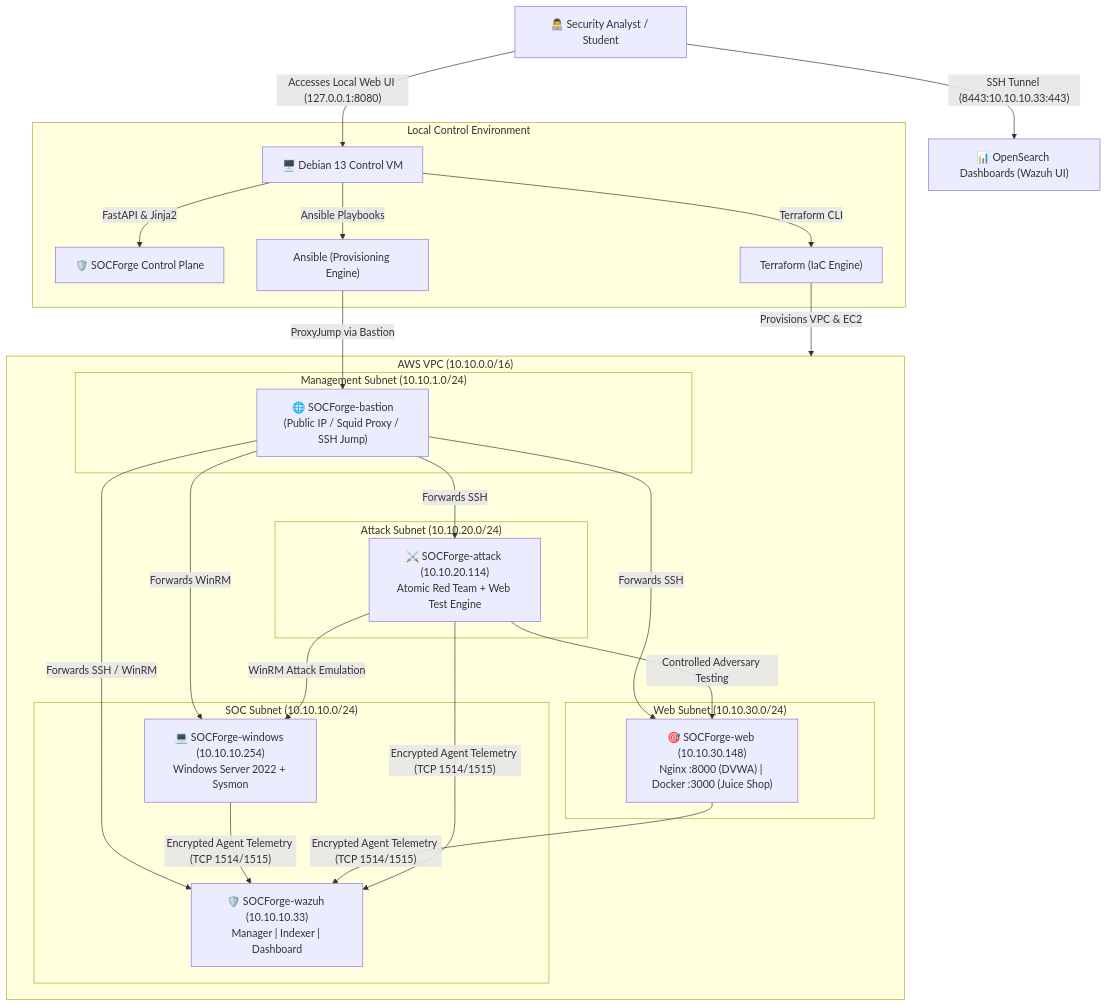
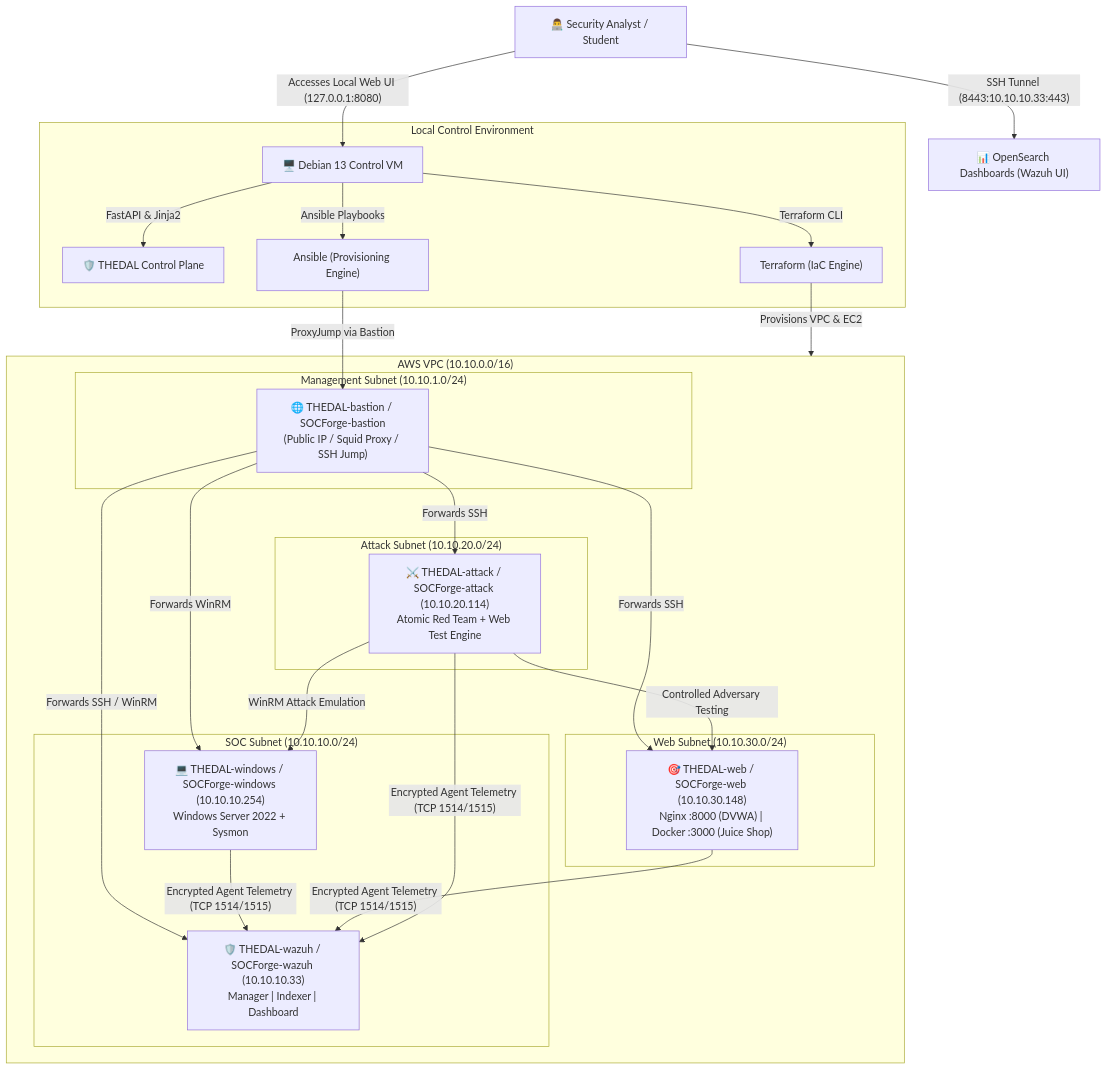
Before and after one commit to EswaranS-06/THEDAL: the diagram in README.md, drawn with Mermaid. The commit also changed other lines of this file and 61 other files, not shown here.

````diff
--- a/README.md
+++ b/README.md
@@ -25,44 +25,44 @@
 ```mermaid
 graph TD
     User["👨‍💻 Security Analyst / Student"] -->|"Accesses Local Web UI (127.0.0.1:8080)"| ControlVM["🖥️ Debian 13 Control VM"]
     User -->|"SSH Tunnel (8443:10.10.10.33:443)"| WazuhUI["📊 OpenSearch Dashboards (Wazuh UI)"]
 
     subgraph Control_Environment["Local Control Environment"]
-        ControlVM -->|"FastAPI & Jinja2"| ControlPlane["🛡️ SOCForge Control Plane"]
+        ControlVM -->|"FastAPI & Jinja2"| ControlPlane["🛡️ THEDAL Control Plane"]
         ControlVM -->|"Terraform CLI"| TF["Terraform (IaC Engine)"]
         ControlVM -->|"Ansible Playbooks"| Ansible["Ansible (Provisioning Engine)"]
     end
 
     TF -->|"Provisions VPC & EC2"| AWS_VPC["☁️ AWS VPC: 10.10.0.0/16 (ap-south-1)"]
 
     subgraph AWS_VPC["AWS VPC (10.10.0.0/16)"]
         subgraph Public_Tier["Management Subnet (10.10.1.0/24)"]
-            Bastion["🌐 SOCForge-bastion<br/>(Public IP / Squid Proxy / SSH Jump)"]
+            Bastion["🌐 THEDAL-bastion / SOCForge-bastion<br/>(Public IP / Squid Proxy / SSH Jump)"]
         end
 
         subgraph Private_SOC_Tier["SOC Subnet (10.10.10.0/24)"]
-            WazuhHost["🛡️ SOCForge-wazuh (10.10.10.33)<br/>Manager | Indexer | Dashboard"]
-            WinHost["💻 SOCForge-windows (10.10.10.254)<br/>Windows Server 2022 + Sysmon"]
+            WazuhHost["🛡️ THEDAL-wazuh / SOCForge-wazuh (10.10.10.33)<br/>Manager | Indexer | Dashboard"]
+            WinHost["💻 THEDAL-windows / SOCForge-windows (10.10.10.254)<br/>Windows Server 2022 + Sysmon"]
         end
 
         subgraph Private_Attack_Tier["Attack Subnet (10.10.20.0/24)"]
-            AttackHost["⚔️ SOCForge-attack (10.10.20.114)<br/>Atomic Red Team + Web Test Engine"]
+            AttackHost["⚔️ THEDAL-attack / SOCForge-attack (10.10.20.114)<br/>Atomic Red Team + Web Test Engine"]
         end
 
         subgraph Private_Web_Tier["Web Subnet (10.10.30.0/24)"]
-            WebHost["🎯 SOCForge-web (10.10.30.148)<br/>Nginx :8000 (DVWA) | Docker :3000 (Juice Shop)"]
+            WebHost["🎯 THEDAL-web / SOCForge-web (10.10.30.148)<br/>Nginx :8000 (DVWA) | Docker :3000 (Juice Shop)"]
         end
     end
 
     Ansible -->|"ProxyJump via Bastion"| Bastion
     Bastion -->|"Forwards SSH / WinRM"| WazuhHost
     Bastion -->|"Forwards SSH"| AttackHost
     Bastion -->|"Forwards SSH"| WebHost
     Bastion -->|"Forwards WinRM"| WinHost
 
     WinHost -->|"Encrypted Agent Telemetry (TCP 1514/1515)"| WazuhHost
     WebHost -->|"Encrypted Agent Telemetry (TCP 1514/1515)"| WazuhHost
     AttackHost -->|"Encrypted Agent Telemetry (TCP 1514/1515)"| WazuhHost
     AttackHost -->|"Controlled Adversary Testing"| WebHost
     AttackHost -->|"WinRM Attack Emulation"| WinHost
 ```
````
